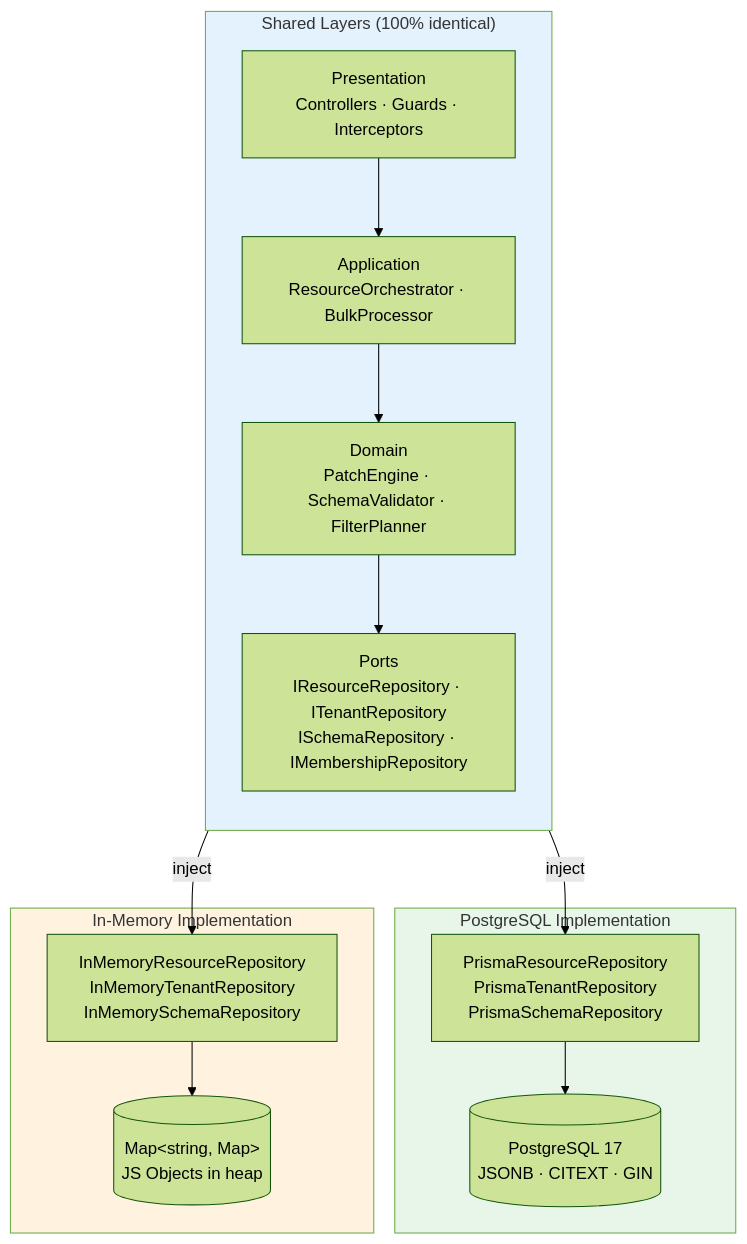
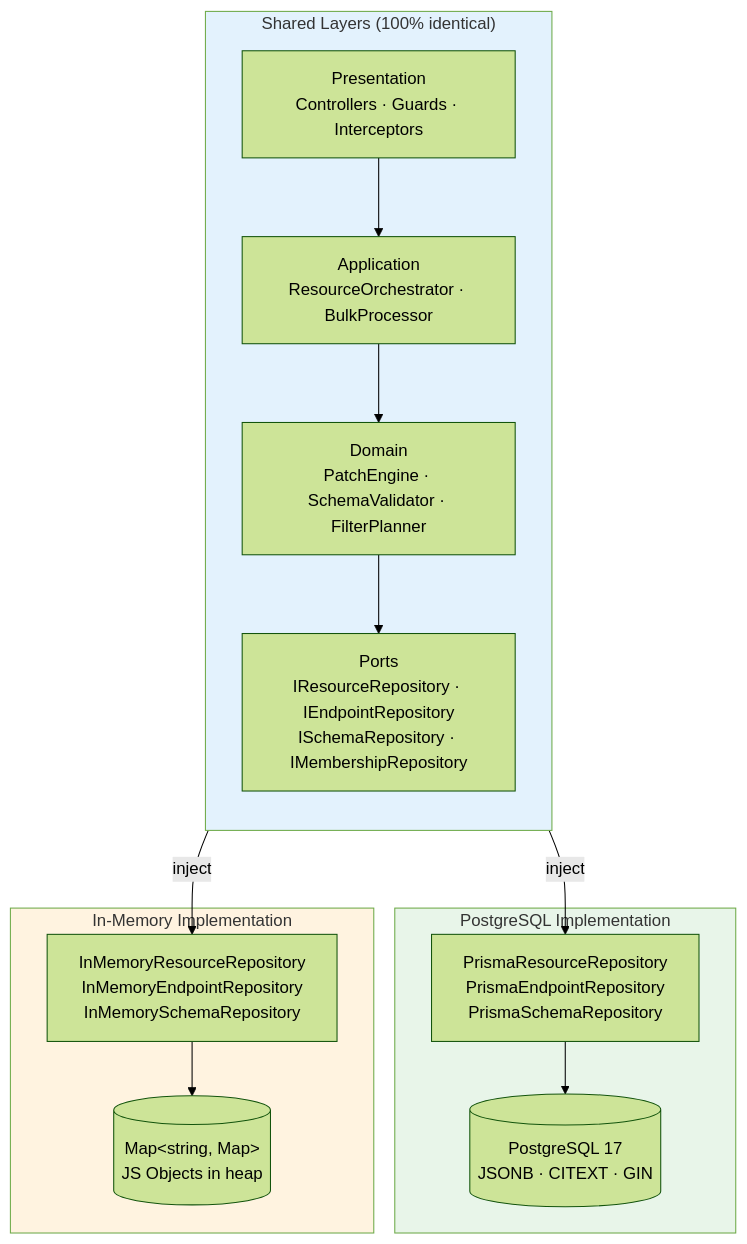
The first of 11 diagrams in docs/INMEMORY_ARCHITECTURE_AND_PLAN_v1_2026-02-20.md (pranems/SCIMServer), drawn with Mermaid (forest theme) before and after one commit. The commit also changed other lines of this file and 288 other files, not shown here.

````diff
--- a/docs/INMEMORY_ARCHITECTURE_AND_PLAN_v1_2026-02-20.md
+++ b/docs/INMEMORY_ARCHITECTURE_AND_PLAN_v1_2026-02-20.md
@@ -155,31 +155,31 @@
 ```mermaid
 flowchart TB
     subgraph SHARED["Shared Layers (100% identical)"]
         direction TB
         CTRL["Presentation<br/>Controllers · Guards · Interceptors"]
         APP["Application<br/>ResourceOrchestrator · BulkProcessor"]
         DOM["Domain<br/>PatchEngine · SchemaValidator · FilterPlanner"]
-        PORT["Ports<br/>IResourceRepository · ITenantRepository<br/>ISchemaRepository · IMembershipRepository"]
+        PORT["Ports<br/>IResourceRepository · IEndpointRepository<br/>ISchemaRepository · IMembershipRepository"]
 
         CTRL --> APP --> DOM --> PORT
     end
 
     subgraph PG_IMPL["PostgreSQL Implementation"]
-        PG_REPO["PrismaResourceRepository<br/>PrismaTenantRepository<br/>PrismaSchemaRepository"]
+        PG_REPO["PrismaResourceRepository<br/>PrismaEndpointRepository<br/>PrismaSchemaRepository"]
         PG_DB[("PostgreSQL 17<br/>JSONB · CITEXT · GIN")]
         PG_REPO --> PG_DB
     end
 
     subgraph MEM_IMPL["In-Memory Implementation"]
-        MEM_REPO["InMemoryResourceRepository<br/>InMemoryTenantRepository<br/>InMemorySchemaRepository"]
+        MEM_REPO["InMemoryResourceRepository<br/>InMemoryEndpointRepository<br/>InMemorySchemaRepository"]
         MEM_STORE[("Map&lt;string, Map&gt;<br/>JS Objects in heap")]
         MEM_REPO --> MEM_STORE
     end
 
     PORT -->|"inject"| PG_REPO
     PORT -->|"inject"| MEM_REPO
 
     style SHARED fill:#e3f2fd,color:#333
     style PG_IMPL fill:#e8f5e9,color:#333
     style MEM_IMPL fill:#fff3e0,color:#333
 ```
````
